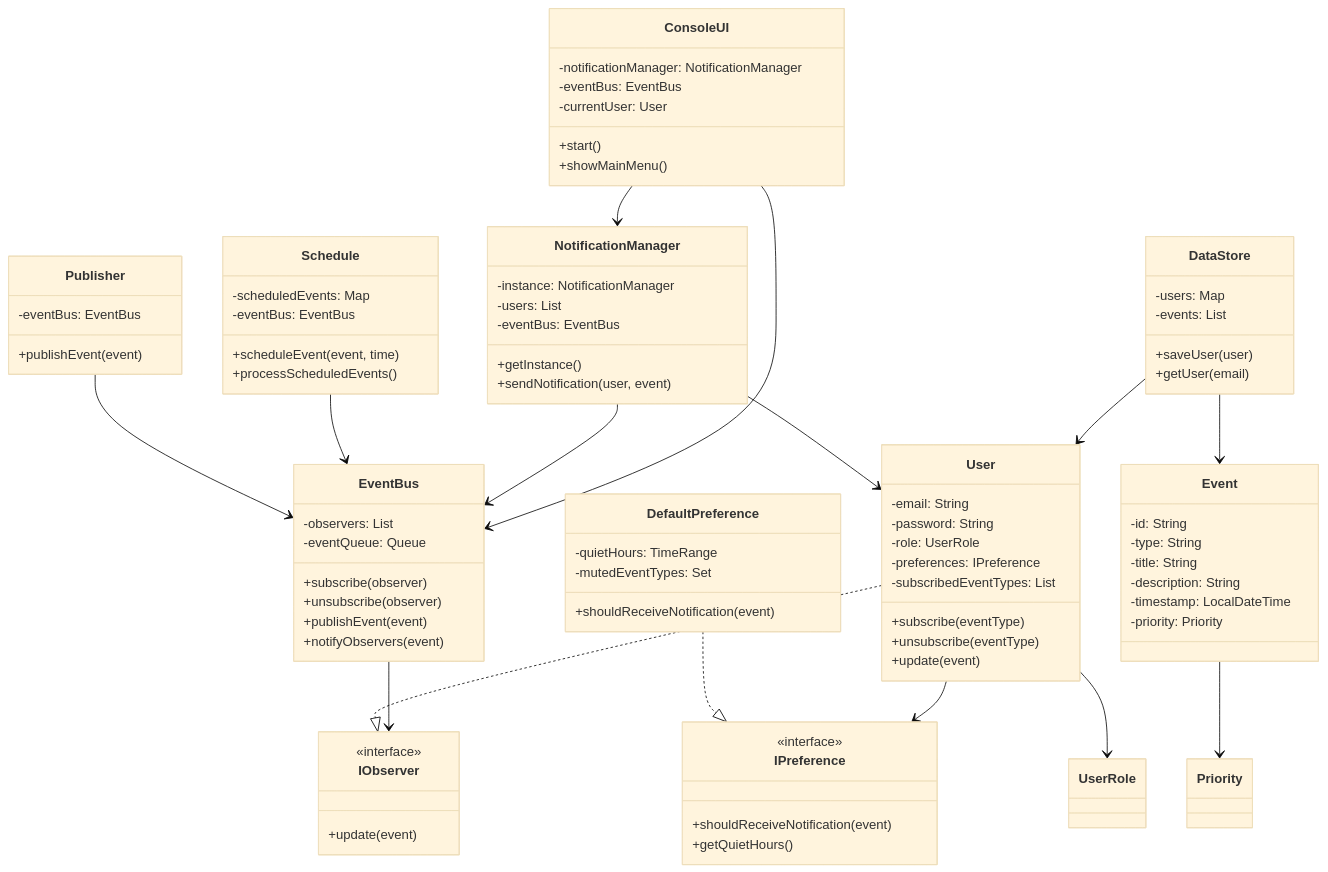
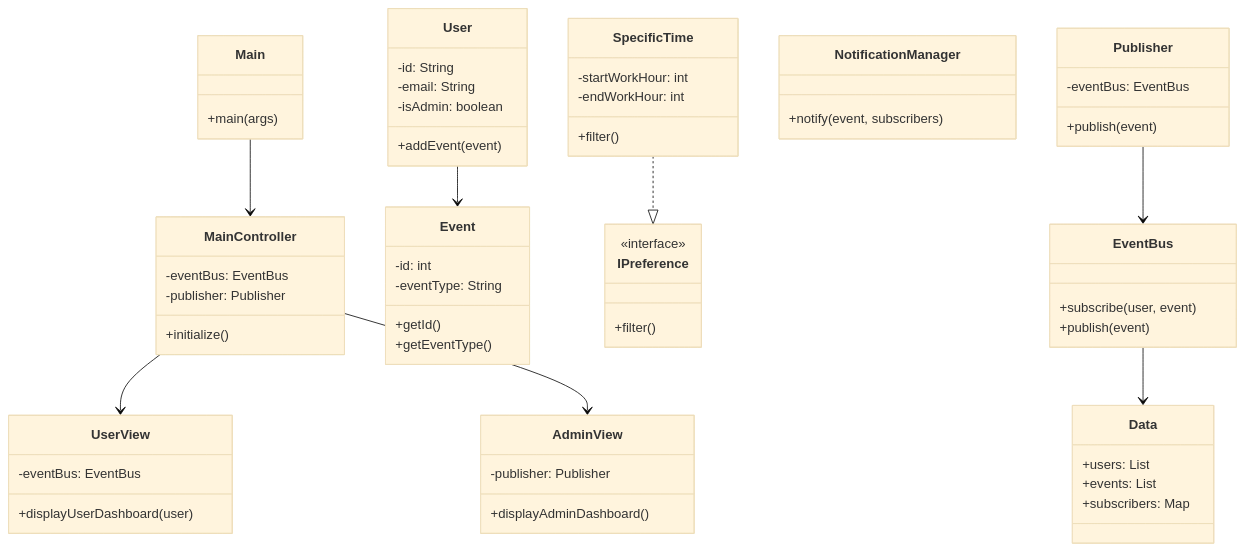
One commit to Tojan-Naiem/DesignPattern-Project-1 changed the first of 7 diagrams in README.md. Above: the diagram before and after it, drawn with Mermaid (base theme). The commit also changed other lines of this file, not shown here.

First line of the commit message:
Revise README with architecture diagrams

````diff
--- a/README.md
+++ b/README.md
@@ -7,99 +9,76 @@
 ```mermaid
 classDiagram
-    class EventBus {
-        -observers: List<IObserver>
-        -eventQueue: Queue<Event>
-        +subscribe(observer)
-        +unsubscribe(observer)
-        +publishEvent(event)
-        +notifyObservers(event)
+    class Main {
+        +main(args)
     }
 
-    class IObserver {
-        <<interface>>
-        +update(event)
-    }
-
-    class User {
-        -email: String
-        -password: String
-        -role: UserRole
-        -preferences: IPreference
-        -subscribedEventTypes: List<String>
-        +subscribe(eventType)
-        +unsubscribe(eventType)
-        +update(event)
-    }
-
-    class Event {
-        -id: String
-        -type: String
-        -title: String
-        -description: String
-        -timestamp: LocalDateTime
-        -priority: Priority
+    class EventBus {
+        +subscribe(user, event)
+        +publish(event)
     }
 
     class Publisher {
         -eventBus: EventBus
-        +publishEvent(event)
+        +publish(event)
     }
 
-    class Schedule {
-        -scheduledEvents: Map
-        -eventBus: EventBus
-        +scheduleEvent(event, time)
-        +processScheduledEvents()
+    class Event {
+        -id: int
+        -eventType: String
+        +getId()
+        +getEventType()
+    }
+
+    class User {
+        -id: String
+        -email: String
+        -isAdmin: boolean
+        +addEvent(event)
+    }
+
+    class Data {
+        +users: List
+        +events: List
+        +subscribers: Map
     }
 
     class NotificationManager {
-        -instance: NotificationManager
-        -users: List<User>
-        -eventBus: EventBus
-        +getInstance()
-        +sendNotification(user, event)
+        +notify(event, subscribers)
     }
 
     class IPreference {
         <<interface>>
-        +shouldReceiveNotification(event)
-        +getQuietHours()
+        +filter()
     }
 
-    class DefaultPreference {
-        -quietHours: TimeRange
-        -mutedEventTypes: Set<String>
-        +shouldReceiveNotification(event)
+    class SpecificTime {
+        -startWorkHour: int
+        -endWorkHour: int
+        +filter()
     }
 
-    class ConsoleUI {
-        -notificationManager: NotificationManager
+    class MainController {
         -eventBus: EventBus
-        -currentUser: User
-        +start()
-        +showMainMenu()
+        -publisher: Publisher
+        +initialize()
     }
 
-    class DataStore {
-        -users: Map<String, User>
-        -events: List<Event>
-        +saveUser(user)
-        +getUser(email)
+    class UserView {
+        -eventBus: EventBus
+        +displayUserDashboard(user)
+    }
+
+    class AdminView {
+        -publisher: Publisher
+        +displayAdminDashboard()
     }
 
     %% Relationships
-    User ..|> IObserver
-    DefaultPreference ..|> IPreference
-    User --> IPreference
-    User --> UserRole
-    Event --> Priority
+    Main --> MainController
     Publisher --> EventBus
-    Schedule --> EventBus
-    EventBus --> IObserver
-    NotificationManager --> User
-    NotificationManager --> EventBus
-    ConsoleUI --> NotificationManager
-    ConsoleUI --> EventBus
-    DataStore --> User
-    DataStore --> Event
+    EventBus --> Data
+    User --> Event
+    SpecificTime ..|> IPreference
+    MainController --> UserView
+    MainController --> AdminView
 ```
````
